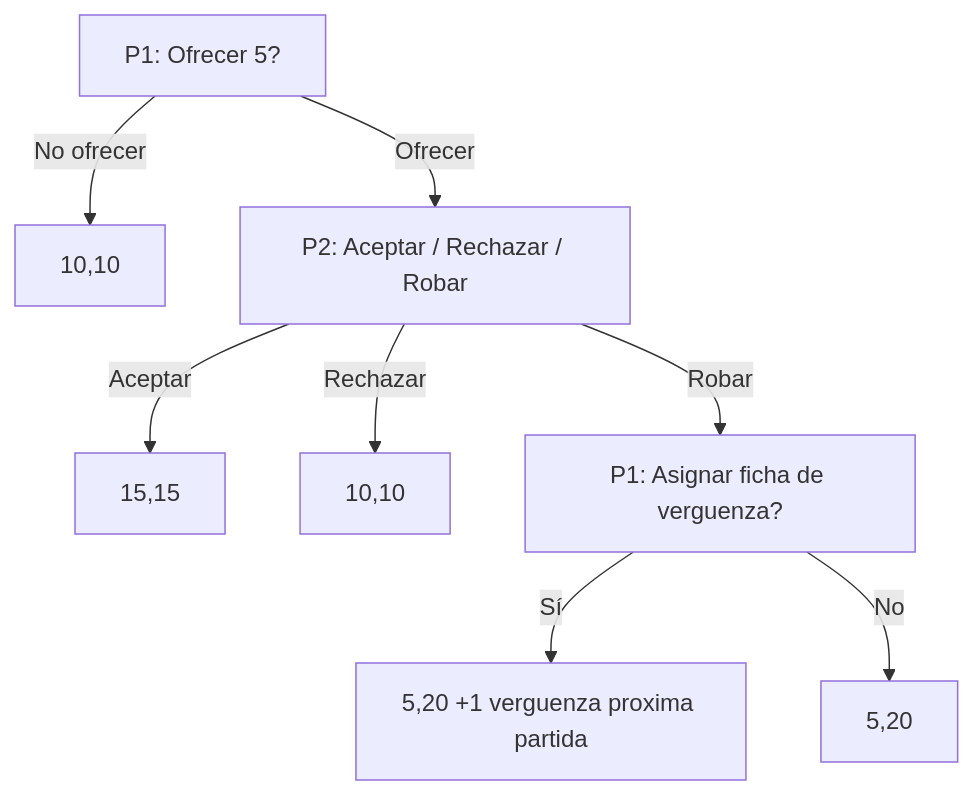
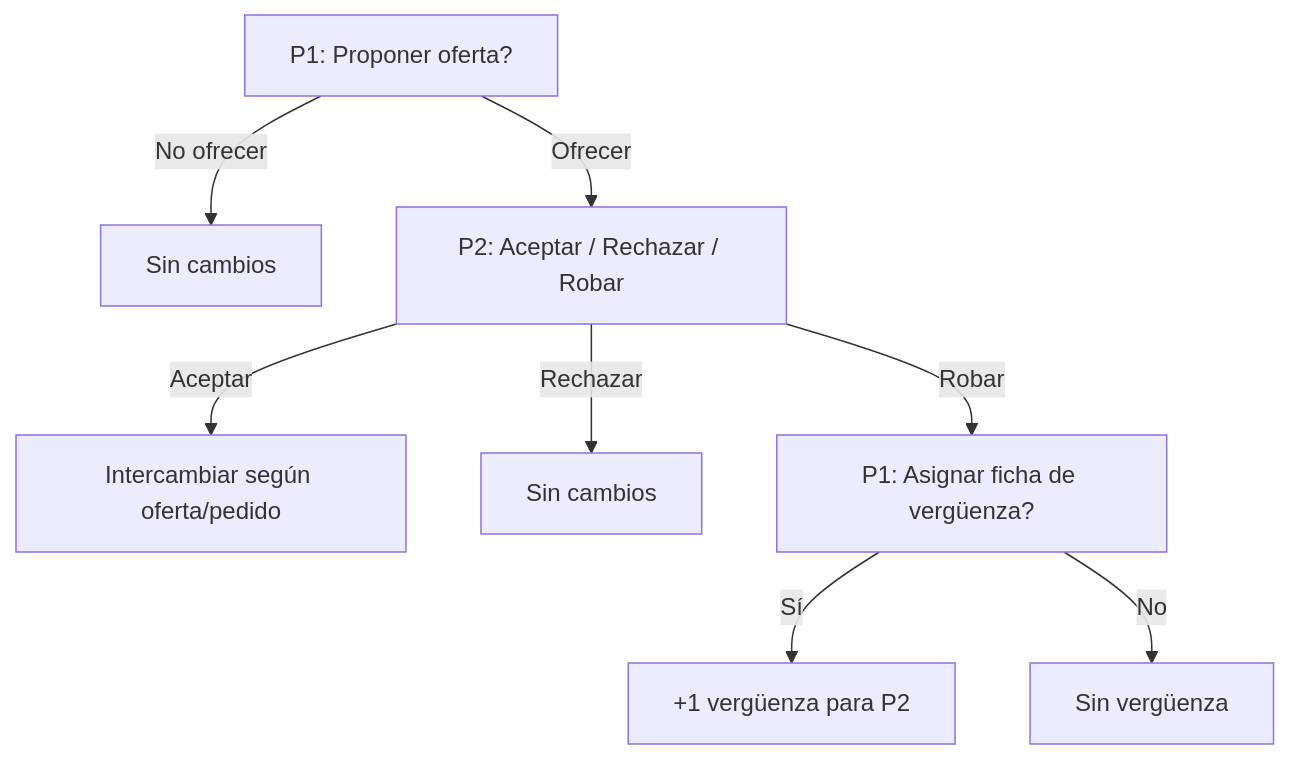
Before and after one commit to josedario87/snatchgame: the seventh of 11 diagrams in game-design-mermaid.md, drawn with Mermaid. The commit also changed other lines of this file and 18 other files, not shown here.

````diff
--- a/game-design-mermaid.md
+++ b/game-design-mermaid.md
@@ -173,11 +169,11 @@
 ```mermaid
 %% g3-shame-token.mmd
 flowchart TD
-  A3[P1: Ofrecer 5?] -->|No ofrecer| O1[10,10]
+  A3[P1: Proponer oferta?] -->|No ofrecer| O1[Sin cambios]
   A3 -->|Ofrecer| B3[P2: Aceptar / Rechazar / Robar]
-  B3 -->|Aceptar| O2[15,15]
-  B3 -->|Rechazar| O3[10,10]
-  B3 -->|Robar| C3[P1: Asignar ficha de verguenza?]
-  C3 -->|Sí| O4a[5,20 +1 verguenza proxima partida]
-  C3 -->|No| O4b[5,20]
+  B3 -->|Aceptar| O2[Intercambiar según oferta/pedido]
+  B3 -->|Rechazar| O3[Sin cambios]
+  B3 -->|Robar| C3[P1: Asignar ficha de vergüenza?]
+  C3 -->|Sí| O4a[+1 vergüenza para P2]
+  C3 -->|No| O4b[Sin vergüenza]
 ```
````
